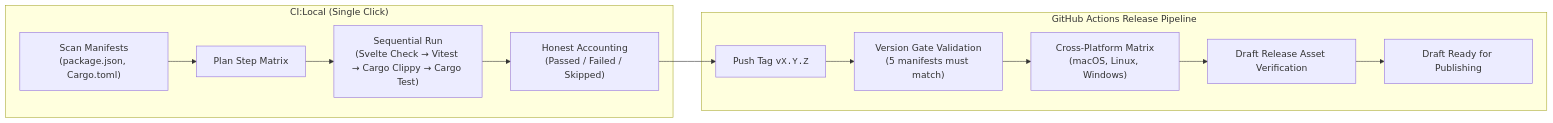
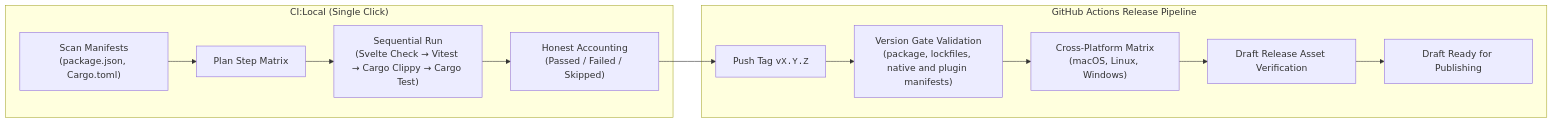
The fourth of 4 diagrams in README.md (bharathvbcr/GitPulse), drawn with Mermaid before and after one commit. The commit also changed other lines of this file and 23 other files, not shown here.

Commit message:
docs: refresh task workflows, architecture, and contributor guidance

````diff
--- a/README.md
+++ b/README.md
@@ -184,17 +198,17 @@
 ```mermaid
 flowchart LR
     subgraph LocalCI["CI:Local (Single Click)"]
         Detect["Scan Manifests<br/>(package.json, Cargo.toml)"] --> Plan["Plan Step Matrix"]
         Plan --> Run["Sequential Run<br/>(Svelte Check → Vitest → Cargo Clippy → Cargo Test)"]
         Run --> Outcome["Honest Accounting<br/>(Passed / Failed / Skipped)"]
     end
 
     subgraph ReleasePipeline["GitHub Actions Release Pipeline"]
-        TagPush["Push Tag <code>vX.Y.Z</code>"] --> VerGate["Version Gate Validation<br/>(5 manifests must match)"]
+        TagPush["Push Tag <code>vX.Y.Z</code>"] --> VerGate["Version Gate Validation<br/>(package, lockfiles, native and plugin manifests)"]
         VerGate --> Matrix["Cross-Platform Matrix<br/>(macOS, Linux, Windows)"]
         Matrix --> Verify["Draft Release Asset Verification"]
         Verify --> Publish["Draft Ready for Publishing"]
     end
 
     Outcome --> TagPush
 ```
````
